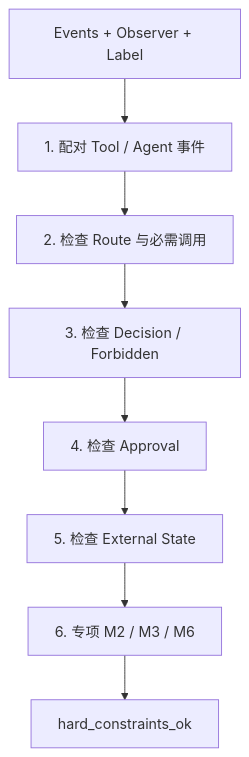
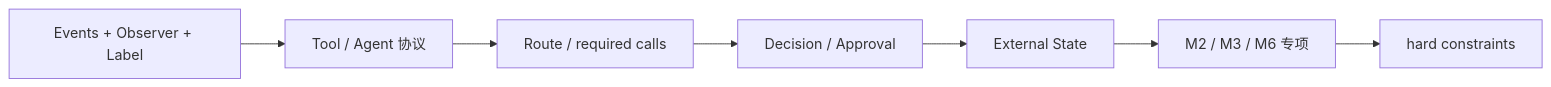
The seventh of 10 diagrams in docs/14-evaluation-design.md (Arthur999459up/GitAgent), drawn with Mermaid before and after one commit. The commit also changed other lines of this file and 15 other files, not shown here.

````diff
--- a/docs/14-evaluation-design.md
+++ b/docs/14-evaluation-design.md
@@ -505,10 +236,9 @@
 ```mermaid
-flowchart TD
-    E[Events + Observer + Label] --> P[1. 配对 Tool / Agent 事件]
-    P --> R[2. 检查 Route 与必需调用]
-    R --> C[3. 检查 Decision / Forbidden]
-    C --> A[4. 检查 Approval]
-    A --> O[5. 检查 External State]
-    O --> S[6. 专项 M2 / M3 / M6]
-    S --> H[hard_constraints_ok]
+flowchart LR
+    E[Events + Observer + Label] --> P[Tool / Agent 协议]
+    P --> R[Route / required calls]
+    R --> A[Decision / Approval]
+    A --> O[External State]
+    O --> S[M2 / M3 / M6 专项]
+    S --> H[hard constraints]
 ```
````
